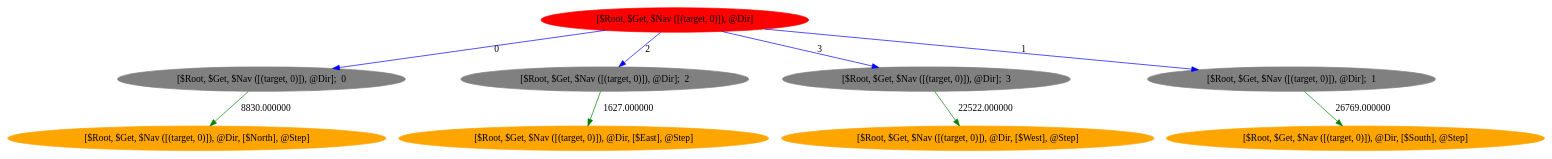
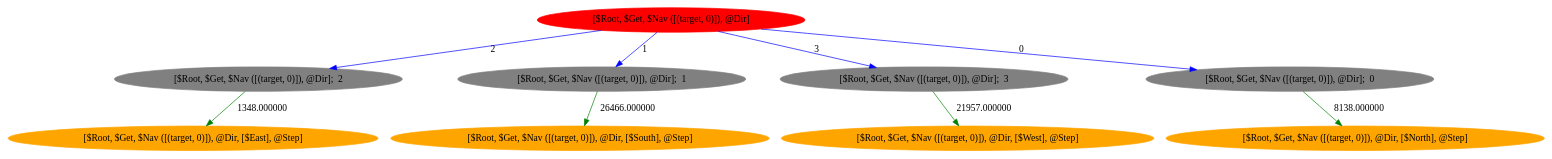
Before and after one commit to aijunbai/taxi: the diagram in data/hierarchicalfsm-int_(0, 3, 0, 0)_transitions.dot, drawn with Graphviz. The commit also changed 38 other files, not shown here.

```diff
--- a/data/hierarchicalfsm-int_(0, 3, 0, 0)_transitions.dot
+++ b/data/hierarchicalfsm-int_(0, 3, 0, 0)_transitions.dot
@@ -1,21 +1,21 @@
 Digraph "" {
 ratio=fill
 node [style=filled];
 	1 [label="[$Root, $Get, $Nav ([(target, 0)]), @Dir]"][color="red"];
-	2 [label="[$Root, $Get, $Nav ([(target, 0)]), @Dir];  0"][color="gray"];
-	3 [label="[$Root, $Get, $Nav ([(target, 0)]), @Dir, [$North], @Step]"][color="orange"];
-	4 [label="[$Root, $Get, $Nav ([(target, 0)]), @Dir];  2"][color="gray"];
-	5 [label="[$Root, $Get, $Nav ([(target, 0)]), @Dir, [$East], @Step]"][color="orange"];
+	2 [label="[$Root, $Get, $Nav ([(target, 0)]), @Dir];  2"][color="gray"];
+	3 [label="[$Root, $Get, $Nav ([(target, 0)]), @Dir, [$East], @Step]"][color="orange"];
+	4 [label="[$Root, $Get, $Nav ([(target, 0)]), @Dir];  1"][color="gray"];
+	5 [label="[$Root, $Get, $Nav ([(target, 0)]), @Dir, [$South], @Step]"][color="orange"];
 	6 [label="[$Root, $Get, $Nav ([(target, 0)]), @Dir];  3"][color="gray"];
 	7 [label="[$Root, $Get, $Nav ([(target, 0)]), @Dir, [$West], @Step]"][color="orange"];
-	8 [label="[$Root, $Get, $Nav ([(target, 0)]), @Dir];  1"][color="gray"];
-	9 [label="[$Root, $Get, $Nav ([(target, 0)]), @Dir, [$South], @Step]"][color="orange"];
-	1 -> 8 [color="blue"][label="1"];
+	8 [label="[$Root, $Get, $Nav ([(target, 0)]), @Dir];  0"][color="gray"];
+	9 [label="[$Root, $Get, $Nav ([(target, 0)]), @Dir, [$North], @Step]"][color="orange"];
+	1 -> 8 [color="blue"][label="0"];
 	1 -> 6 [color="blue"][label="3"];
-	1 -> 4 [color="blue"][label="2"];
-	1 -> 2 [color="blue"][label="0"];
-	2 -> 3 [color="green"][label="8830.000000"];
-	4 -> 5 [color="green"][label="1627.000000"];
-	6 -> 7 [color="green"][label="22522.000000"];
-	8 -> 9 [color="green"][label="26769.000000"];
+	1 -> 4 [color="blue"][label="1"];
+	1 -> 2 [color="blue"][label="2"];
+	2 -> 3 [color="green"][label="1348.000000"];
+	4 -> 5 [color="green"][label="26466.000000"];
+	6 -> 7 [color="green"][label="21957.000000"];
+	8 -> 9 [color="green"][label="8138.000000"];
 }
```
